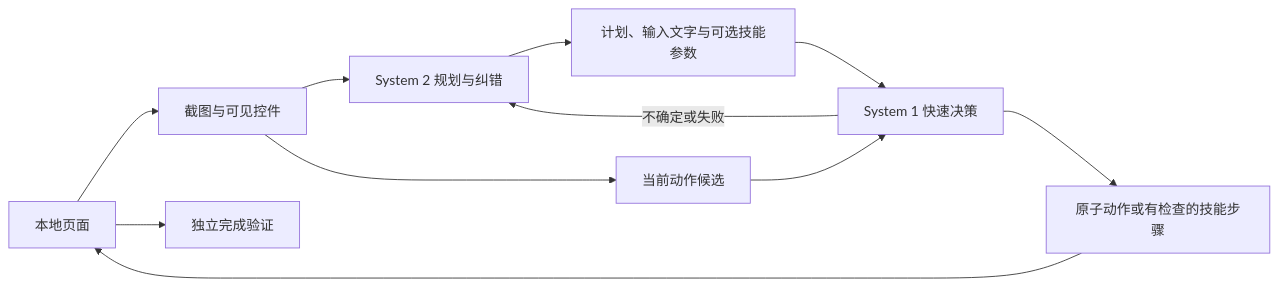
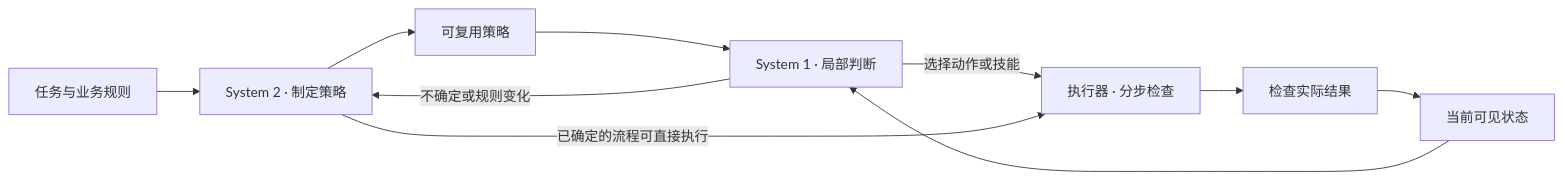
One commit to xut1021/actstride changed the diagram in README.md. Above: the diagram before and after it, drawn with Mermaid. The commit also changed other lines of this file, not shown here.

````diff
--- a/README.md
+++ b/README.md
@@ -88,13 +57,12 @@
 ```mermaid
 flowchart LR
-  Page[本地页面] --> Observe[截图与可见控件]
-  Observe --> Planner[System 2 规划与纠错]
-  Planner --> Plan[计划、输入文字与可选技能参数]
-  Observe --> Choices[当前动作候选]
-  Plan --> Fast[System 1 快速决策]
-  Choices --> Fast
-  Fast --> Execute[原子动作或有检查的技能步骤]
-  Execute --> Page
-  Fast -->|不确定或失败| Planner
-  Page --> Verify[独立完成验证]
+    Task[任务与业务规则] --> S2[System 2 · 制定策略]
+    S2 --> Policy[可复用策略]
+    State[当前可见状态] --> S1[System 1 · 局部判断]
+    Policy --> S1
+    S1 -->|选择动作或技能| Skill[执行器 · 分步检查]
+    S1 -->|不确定或规则变化| S2
+    S2 -->|已确定的流程可直接执行| Skill
+    Skill --> Check[检查实际结果]
+    Check --> State
 ```
````
